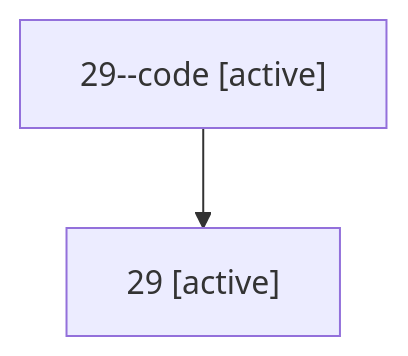
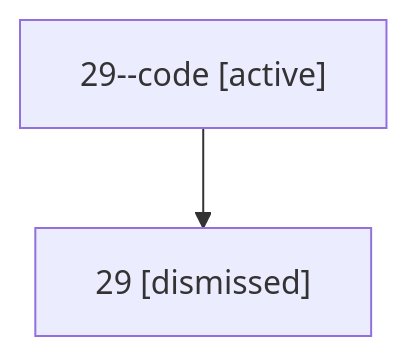
The diagram in sessions/bbugyi200.athena.29.md (sase-org/sase--agents), drawn with Mermaid before and after one commit. The commit also changed other lines of this file and 17 other files, not shown here.

````diff
--- a/sessions/bbugyi200.athena.29.md
+++ b/sessions/bbugyi200.athena.29.md
@@ -9,6 +9,6 @@
 ```mermaid
 flowchart TD
   n0["29--code [active]"]
-  n1["29 [active]"]
+  n1["29 [dismissed]"]
   n0 --> n1
 ```
````
